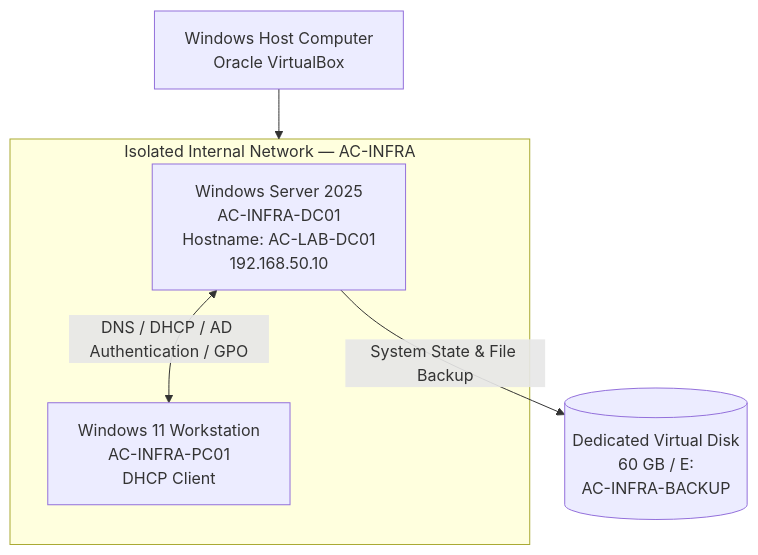
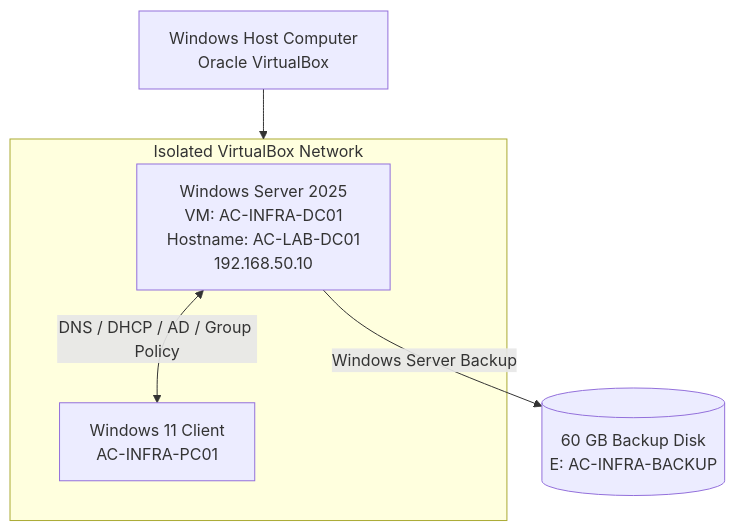
The diagram in README.md (Ashish7-c/AC-IT-Infrastructure-Lab), drawn with Mermaid before and after one commit. The commit also changed other lines of this file, not shown here.

````diff
--- a/README.md
+++ b/README.md
@@ -51,15 +53,16 @@
 ```mermaid
 flowchart TB
     HOST["Windows Host Computer<br/>Oracle VirtualBox"]
 
-    subgraph LAB["Isolated Internal Network — AC-INFRA"]
-        DC["Windows Server 2025<br/>AC-INFRA-DC01<br/>Hostname: AC-LAB-DC01<br/>192.168.50.10"]
-        PC["Windows 11 Workstation<br/>AC-INFRA-PC01<br/>DHCP Client"]
-        DC <-->|"DNS / DHCP / AD Authentication / GPO"| PC
+    subgraph LAB["Isolated VirtualBox Network"]
+        DC["Windows Server 2025<br/>VM: AC-INFRA-DC01<br/>Hostname: AC-LAB-DC01<br/>192.168.50.10"]
+        PC["Windows 11 Client<br/>AC-INFRA-PC01"]
+
+        DC <-->|"DNS / DHCP / AD / Group Policy"| PC
     end
 
-    BACKUP[("Dedicated Virtual Disk<br/>60 GB / E:<br/>AC-INFRA-BACKUP")]
+    BACKUP[("60 GB Backup Disk<br/>E: AC-INFRA-BACKUP")]
 
     HOST --> LAB
-    DC -->|"System State & File Backup"| BACKUP
+    DC -->|"Windows Server Backup"| BACKUP
 ```
````
